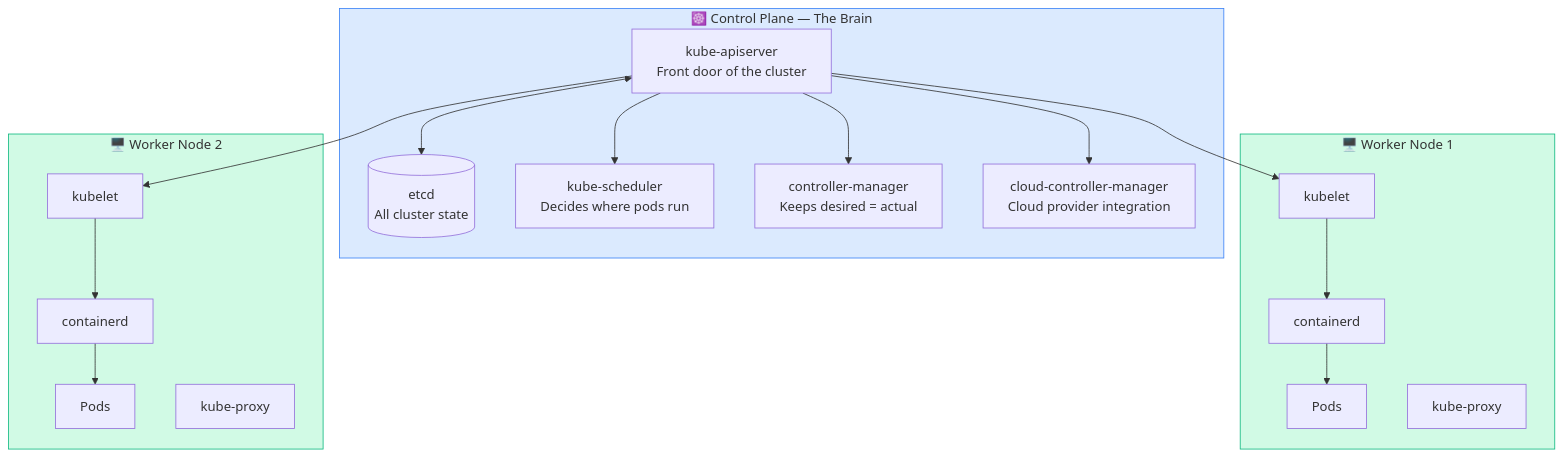
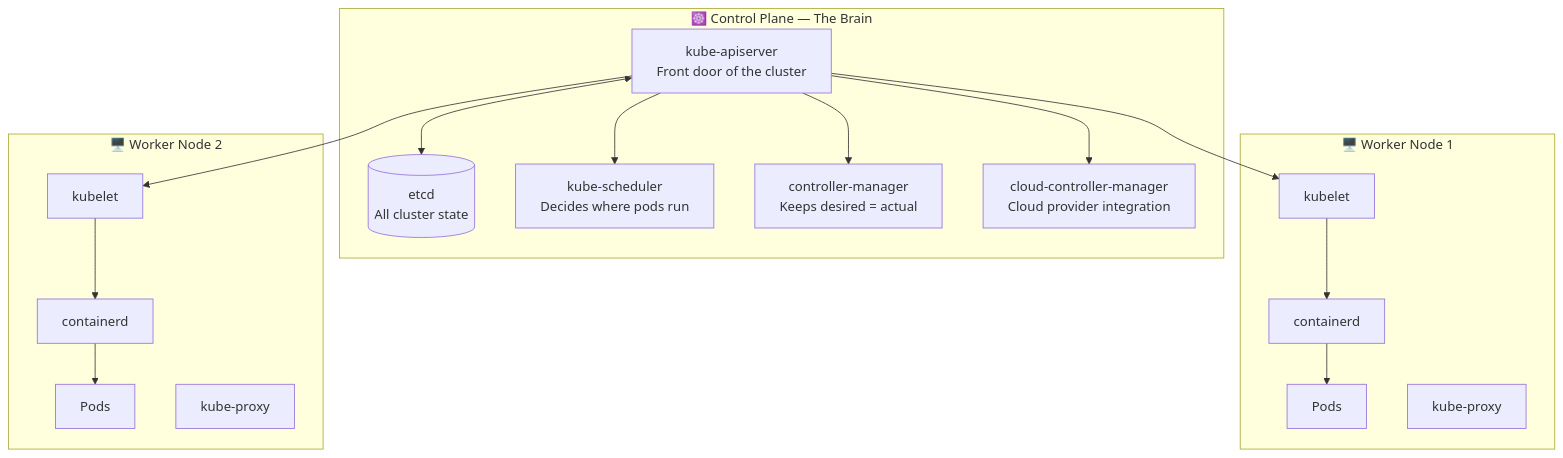
The first of 2 diagrams in content/cka/02-kubernetes-architecture-complete-reference/21-cluster-components-overview/21-cluster-components-overview.md (Gautam4424/k8slearn-content), drawn with Mermaid before and after one commit. The commit also changed other lines of this file and 40 other files, not shown here.

Commit message:
chore: fix mermaid style regex

````diff
--- a/content/cka/02-kubernetes-architecture-complete-reference/21-cluster-components-overview/21-cluster-components-overview.md
+++ b/content/cka/02-kubernetes-architecture-complete-reference/21-cluster-components-overview/21-cluster-components-overview.md
@@ -23,24 +23,21 @@
 ```mermaid
 graph TD
     subgraph CP["☸️ Control Plane — The Brain"]
         API["kube-apiserver\nFront door of the cluster"]
         ETCD[("etcd\nAll cluster state")]
         SCHED["kube-scheduler\nDecides where pods run"]
         CTRL["controller-manager\nKeeps desired = actual"]
         CCM["cloud-controller-manager\nCloud provider integration"]
     end
     subgraph W1["🖥️ Worker Node 1"]
         KL1["kubelet"] --> CR1["containerd"] --> P1["Pods"]
         KP1["kube-proxy"]
     end
     subgraph W2["🖥️ Worker Node 2"]
         KL2["kubelet"] --> CR2["containerd"] --> P2["Pods"]
         KP2["kube-proxy"]
     end
     API <--> ETCD
     API --> SCHED & CTRL & CCM
     API --> KL1 & KL2
-    style CP fill:#dbeafe,stroke:#3b82f6
-    style W1 fill:#d1fae5,stroke:#10b981
-    style W2 fill:#d1fae5,stroke:#10b981
 ```
````
